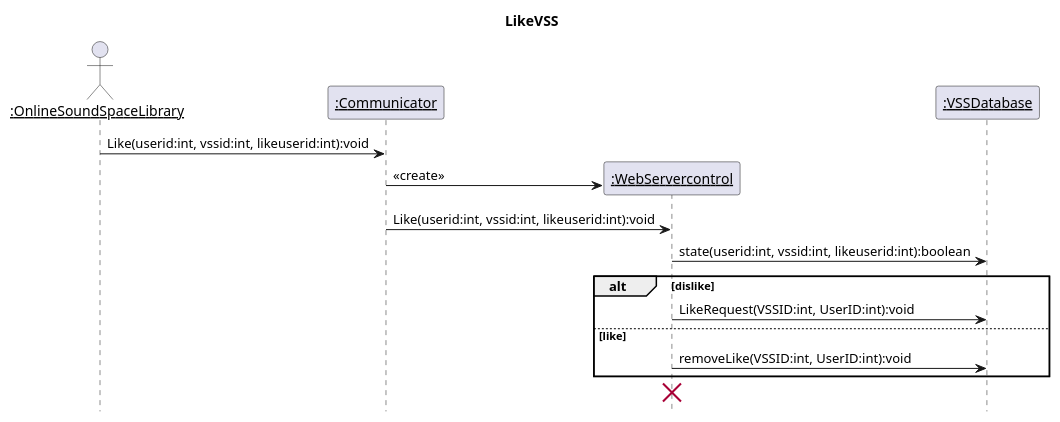
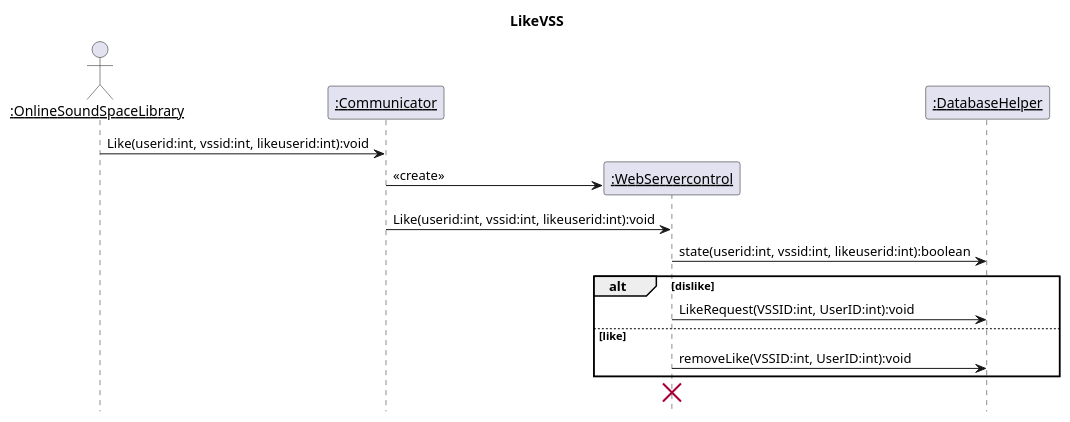
Before and after one commit to kpp19920121/doc: diagram 19 of 39 in 设计/顺序图.md, drawn with PlantUML. The commit also changed other lines of this file and 1 other file, not shown here.

Commit message:
改进顺序图与类图一致

````diff
--- a/设计/顺序图.md
+++ b/设计/顺序图.md
@@ -669,22 +664,22 @@
 ```PlantUML
 @startuml Diagrams/LikeVSSServerSequenceDiagram
 title LikeVSS
 hide footbox
 skinparam sequenceParticipant underline
 actor ":OnlineSoundSpaceLibrary" as Client
 participant ":Communicator" as Communicator
 participant ":WebServercontrol" as WebServer
-participant ":VSSDatabase" as VSSInformationDatabase
+participant ":DatabaseHelper" as VSSInformationDatabase
 Client->Communicator:Like(userid:int, vssid:int, likeuserid:int):void
 create WebServer
 Communicator->WebServer:<<create>>
 Communicator->WebServer:Like(userid:int, vssid:int, likeuserid:int):void
 WebServer->VSSInformationDatabase:state(userid:int, vssid:int, likeuserid:int):boolean
 alt dislike
   WebServer->VSSInformationDatabase:LikeRequest(VSSID:int, UserID:int):void
 else like
   WebServer->VSSInformationDatabase:removeLike(VSSID:int, UserID:int):void
 end
 destroy WebServer
 @enduml
 ```
````
